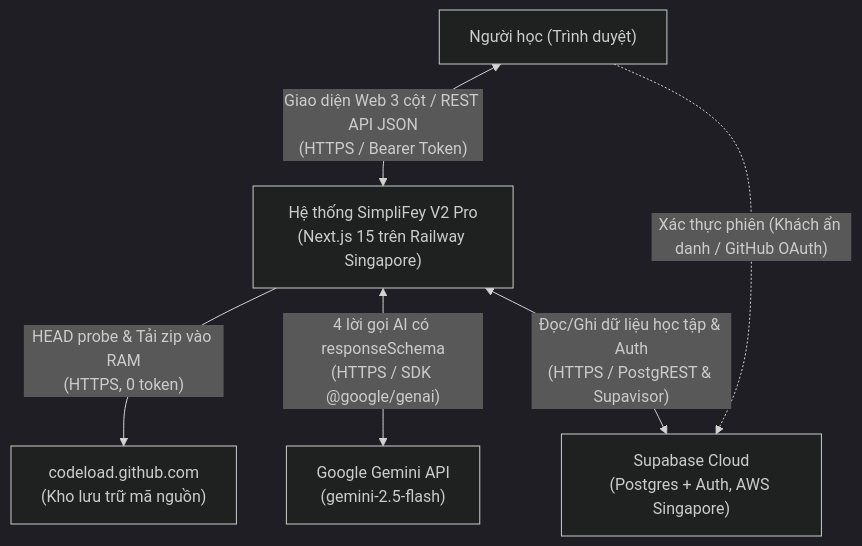
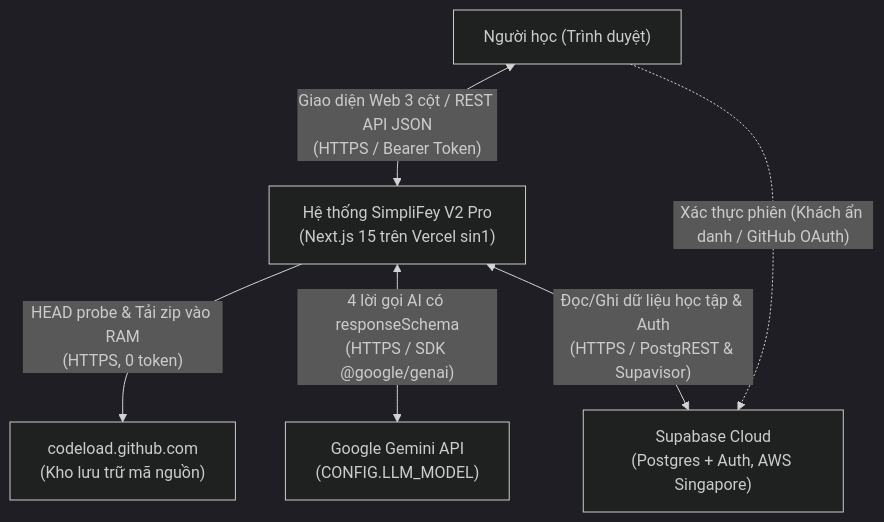
The first of 6 diagrams in spec/04_KIEN_TRUC_TRIEN_KHAI.md (huynhthanhnhannnh-pixel/Hackathon_SGU), drawn with Mermaid (dark theme) before and after one commit. The commit also changed other lines of this file and 10 other files, not shown here.

````diff
--- a/spec/04_KIEN_TRUC_TRIEN_KHAI.md
+++ b/spec/04_KIEN_TRUC_TRIEN_KHAI.md
@@ -27,14 +28,14 @@
 ```mermaid
 flowchart TD
     User["Người học (Trình duyệt)"]
-    System["Hệ thống SimpliFey V2 Pro<br/>(Next.js 15 trên Railway Singapore)"]
+    System["Hệ thống SimpliFey V2 Pro<br/>(Next.js 15 trên Vercel sin1)"]
     GH["codeload.github.com<br/>(Kho lưu trữ mã nguồn)"]
-    Gemini["Google Gemini API<br/>(gemini-2.5-flash)"]
+    Gemini["Google Gemini API<br/>(CONFIG.LLM_MODEL)"]
     Supabase["Supabase Cloud<br/>(Postgres + Auth, AWS Singapore)"]
 
     User <-- "Giao diện Web 3 cột / REST API JSON<br/>(HTTPS / Bearer Token)" --> System
     System -- "HEAD probe & Tải zip vào RAM<br/>(HTTPS, 0 token)" --> GH
     System <-- "4 lời gọi AI có responseSchema<br/>(HTTPS / SDK @google/genai)" --> Gemini
     System <-- "Đọc/Ghi dữ liệu học tập & Auth<br/>(HTTPS / PostgREST & Supavisor)" --> Supabase
     User -. "Xác thực phiên (Khách ẩn danh / GitHub OAuth)" .-> Supabase
 ```
````
